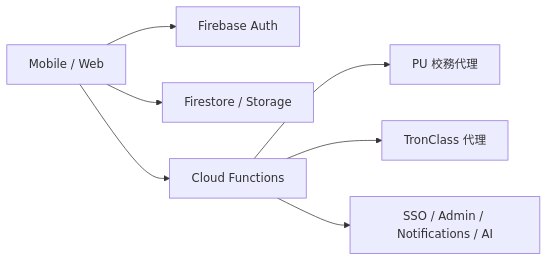
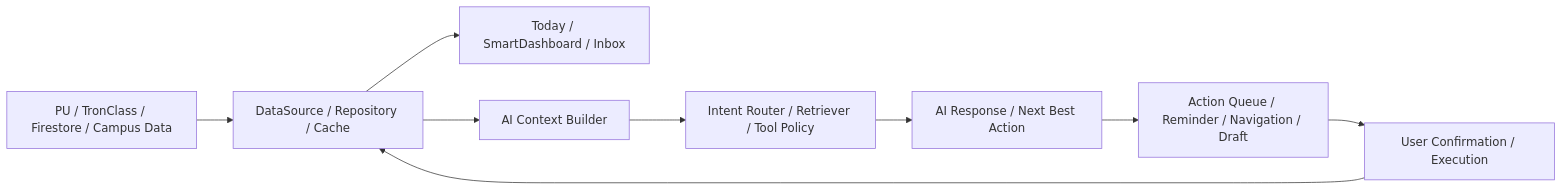
Before and after one commit to Miiduoa/graduation: the first of 2 diagrams in README.md, drawn with Mermaid. The commit also changed other lines of this file and 137 other files, not shown here.

````diff
--- a/README.md
+++ b/README.md
@@ -347,9 +359,11 @@
 ```mermaid
 flowchart LR
-    A["Mobile / Web"] --> B["Firebase Auth"]
-    A --> C["Firestore / Storage"]
-    A --> D["Cloud Functions"]
-    D --> E["PU 校務代理"]
-    D --> F["TronClass 代理"]
-    D --> G["SSO / Admin / Notifications / AI"]
+  A["PU / TronClass / Firestore / Campus Data"] --> B["DataSource / Repository / Cache"]
+  B --> C["Today / SmartDashboard / Inbox"]
+  B --> D["AI Context Builder"]
+  D --> E["Intent Router / Retriever / Tool Policy"]
+  E --> F["AI Response / Next Best Action"]
+  F --> G["Action Queue / Reminder / Navigation / Draft"]
+  G --> H["User Confirmation / Execution"]
+  H --> B
 ```
````
